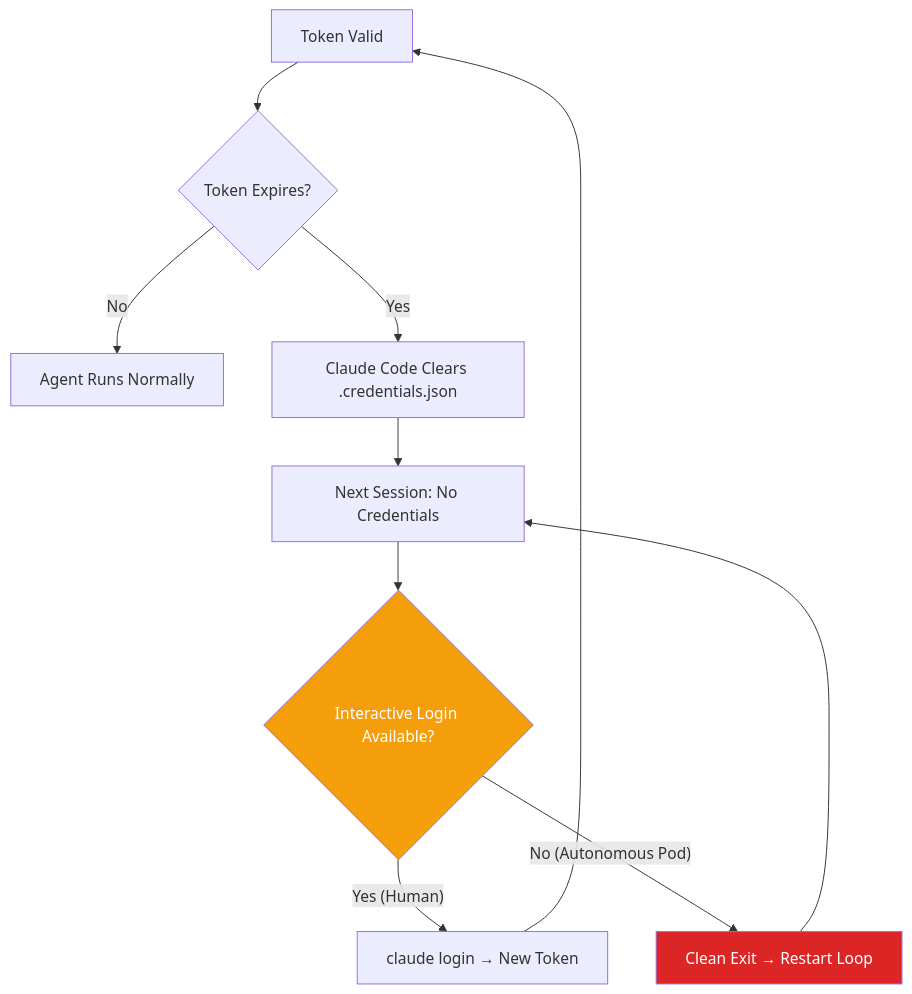
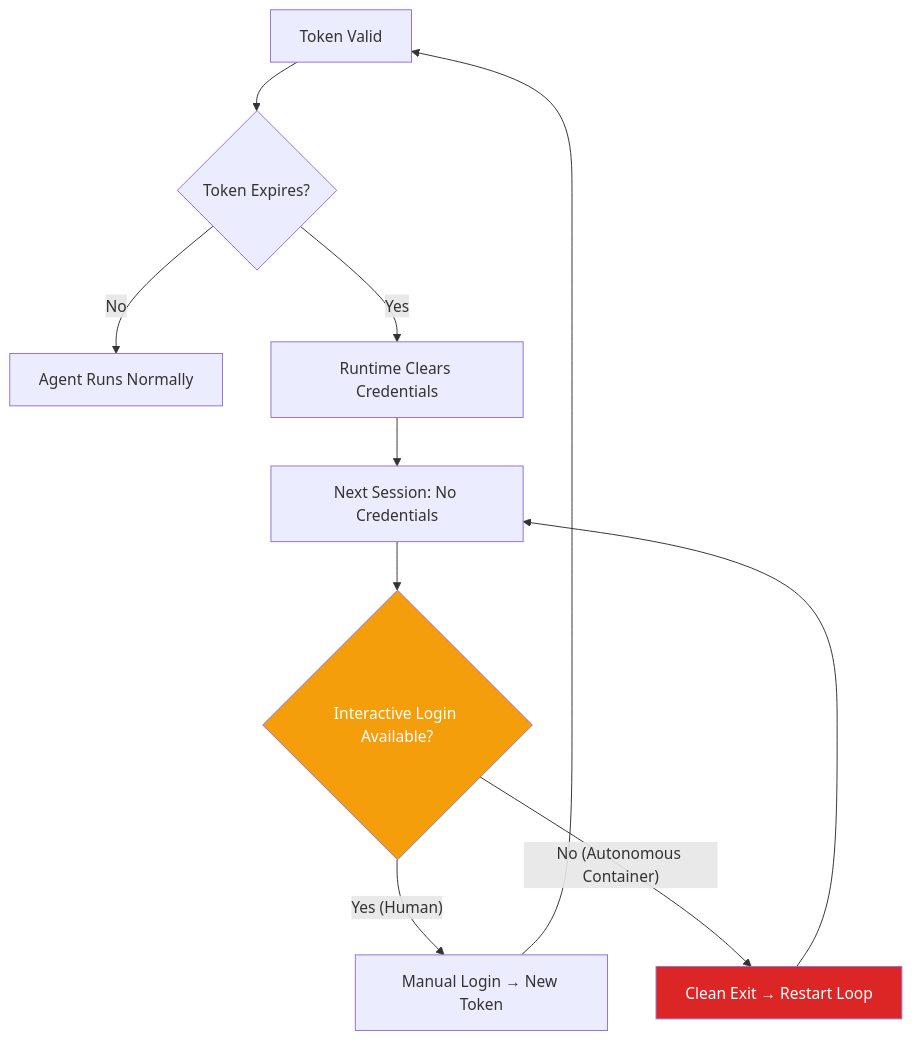
The third of 3 diagrams in src/content/build-logs/b0b-first-fleet.mdx (CyberdaemonAI/cyberdaemon-site), drawn with Mermaid before and after one commit. The commit also changed other lines of this file and 3 other files, not shown here.

````diff
--- a/src/content/build-logs/b0b-first-fleet.mdx
+++ b/src/content/build-logs/b0b-first-fleet.mdx
@@ -303,15 +298,15 @@
 ```mermaid
 graph TD
     A["Token Valid"] --> B{"Token Expires?"}
     B -->|"No"| C["Agent Runs Normally"]
-    B -->|"Yes"| D["Claude Code Clears .credentials.json"]
+    B -->|"Yes"| D["Runtime Clears Credentials"]
     D --> E["Next Session: No Credentials"]
     E --> F{"Interactive Login Available?"}
-    F -->|"Yes (Human)"| G["claude login → New Token"]
-    F -->|"No (Autonomous Pod)"| H["Clean Exit → Restart Loop"]
+    F -->|"Yes (Human)"| G["Manual Login → New Token"]
+    F -->|"No (Autonomous Container)"| H["Clean Exit → Restart Loop"]
     H --> E
     G --> A
 
     style H fill:#dc2626,color:#fff
     style F fill:#f59e0b,color:#fff
 ```
````
